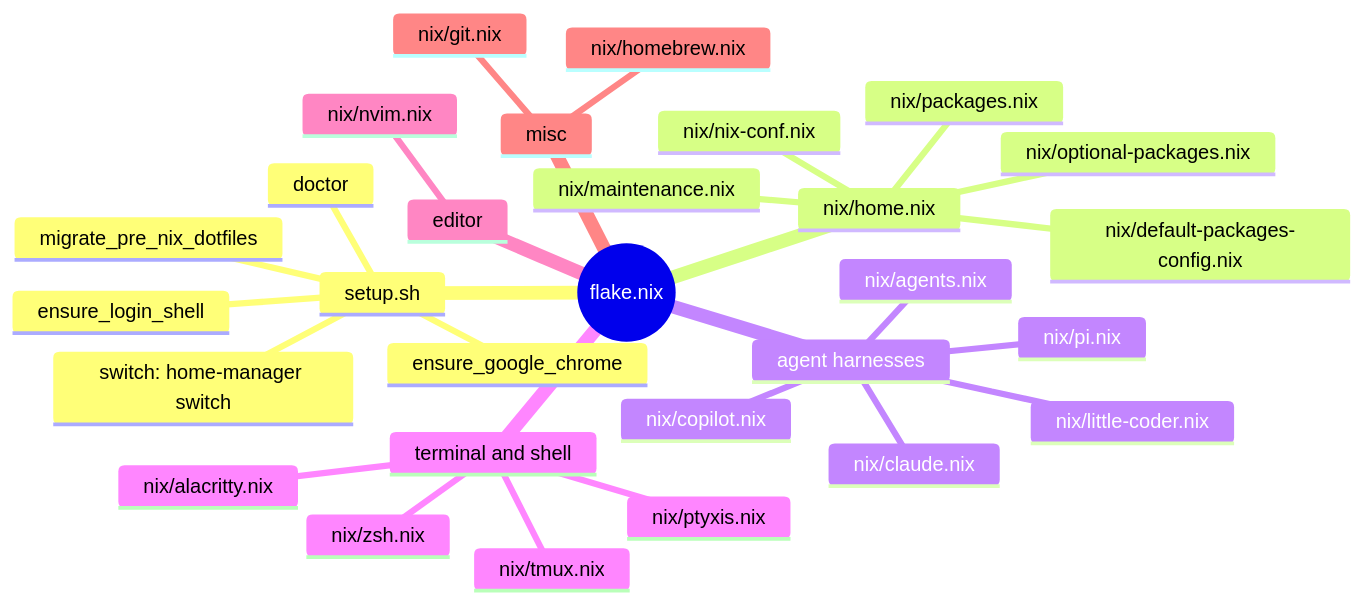
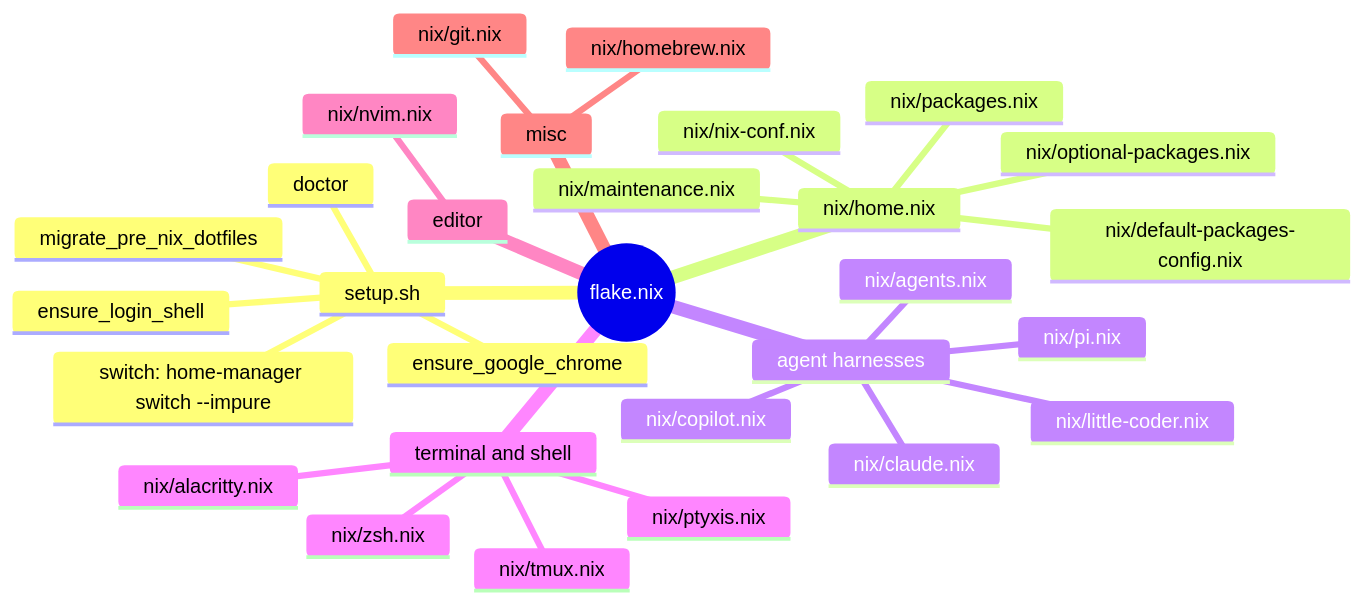
The diagram in .ai-memory/diagrams/nix/config-modules.mmd (MohanTn/mohan-dotfiles), drawn with Mermaid before and after one commit. The commit also changed 6 other files, not shown here.

```diff
--- a/.ai-memory/diagrams/nix/config-modules.mmd
+++ b/.ai-memory/diagrams/nix/config-modules.mmd
@@ -1,30 +1,30 @@
 mindmap
   root((flake.nix))
     setup.sh
-      switch: home-manager switch
+      switch: home-manager switch --impure
       doctor
       migrate_pre_nix_dotfiles
       ensure_google_chrome
       ensure_login_shell
     nix/home.nix
       nix/packages.nix
       nix/optional-packages.nix
       nix/default-packages-config.nix
       nix/nix-conf.nix
       nix/maintenance.nix
     agent harnesses
       nix/claude.nix
       nix/copilot.nix
       nix/pi.nix
       nix/agents.nix
       nix/little-coder.nix
     terminal and shell
       nix/zsh.nix
       nix/alacritty.nix
       nix/ptyxis.nix
       nix/tmux.nix
     editor
       nix/nvim.nix
     misc
       nix/git.nix
       nix/homebrew.nix
```
